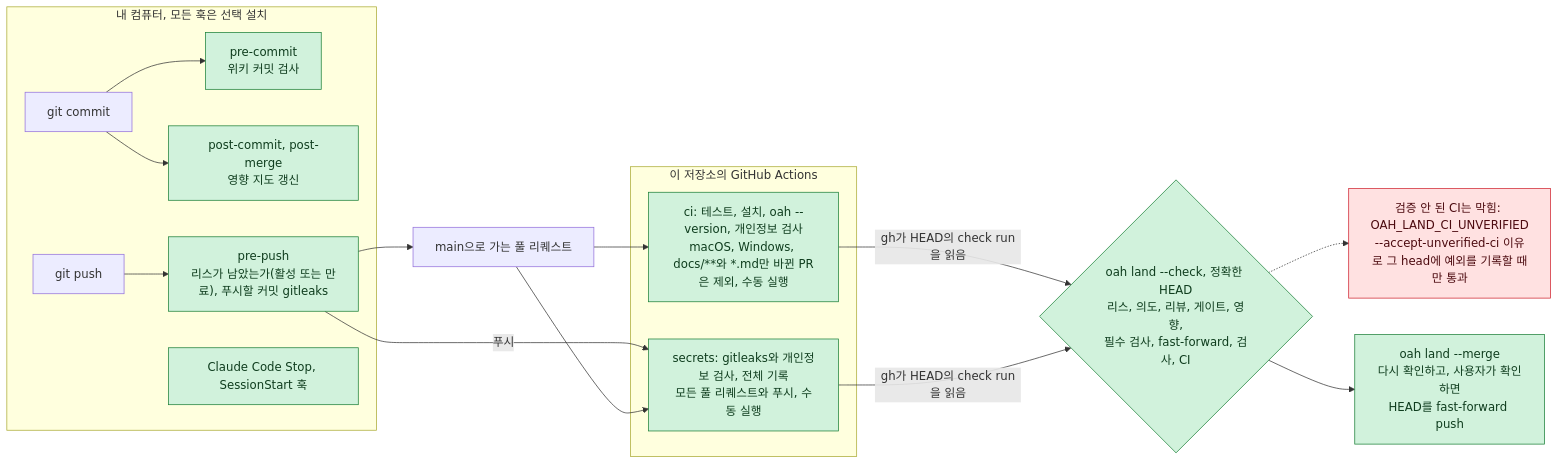
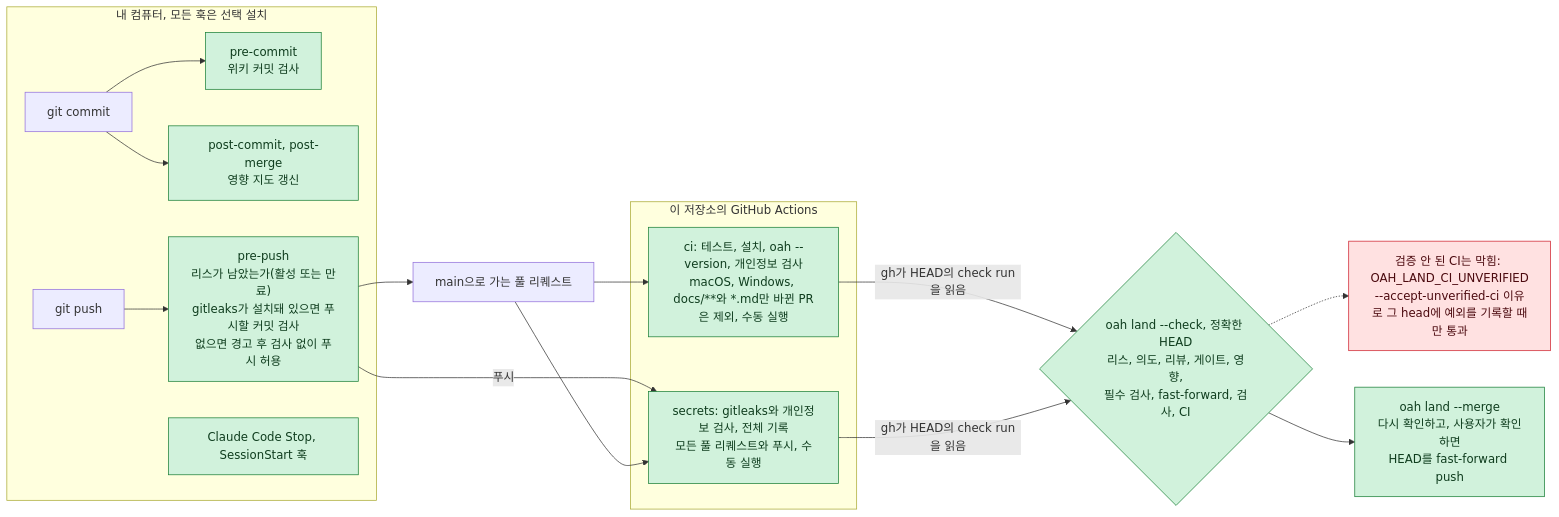
The sixth of 6 diagrams in docs/ko/concepts.md (KenSuh/open-agent-harness), drawn with Mermaid before and after one commit. The commit also changed other lines of this file and 2 other files, not shown here.

First line of the commit message:
docs: correct preflight, pre-push, impact refresh and re-ranker paths (review R1)

````diff
--- a/docs/ko/concepts.md
+++ b/docs/ko/concepts.md
@@ -370,39 +373,39 @@
 ```mermaid
 flowchart LR
     subgraph local["내 컴퓨터, 모든 훅은 선택 설치"]
         gcommit["git commit"]
         pc["pre-commit<br/>위키 커밋 검사"]
         post["post-commit, post-merge<br/>영향 지도 갱신"]
         gpush["git push"]
-        pp["pre-push<br/>리스가 남았는가(활성 또는 만료), 푸시할 커밋 gitleaks"]
+        pp["pre-push<br/>리스가 남았는가(활성 또는 만료)<br/>gitleaks가 설치돼 있으면 푸시할 커밋 검사<br/>없으면 경고 후 검사 없이 푸시 허용"]
         cc["Claude Code Stop, SessionStart 훅"]
     end
 
     pr["main으로 가는 풀 리퀘스트"]
 
     subgraph actions["이 저장소의 GitHub Actions"]
         tests["ci: 테스트, 설치, oah --version, 개인정보 검사<br/>macOS, Windows, docs/**와 *.md만 바뀐 PR은 제외, 수동 실행"]
         secrets["secrets: gitleaks와 개인정보 검사, 전체 기록<br/>모든 풀 리퀘스트와 푸시, 수동 실행"]
     end
 
     land{"oah land --check, 정확한 HEAD<br/>리스, 의도, 리뷰, 게이트, 영향,<br/>필수 검사, fast-forward, 검사, CI"}
     exc["검증 안 된 CI는 막힘: OAH_LAND_CI_UNVERIFIED<br/>--accept-unverified-ci 이유로 그 head에 예외를 기록할 때만 통과"]
     landed["oah land --merge<br/>다시 확인하고, 사용자가 확인하면<br/>HEAD를 fast-forward push"]
 
     gcommit --> pc
     gcommit --> post
     gpush --> pp
     pp -->|"푸시"| secrets
     pp --> pr
     pr --> tests
     pr --> secrets
     tests -->|"gh가 HEAD의 check run을 읽음"| land
     secrets -->|"gh가 HEAD의 check run을 읽음"| land
     land -.-> exc
     land --> landed
 
     classDef avail fill:#d1f2dc,stroke:#1a7f37,color:#0f3d1e
     classDef stop fill:#ffe1e1,stroke:#cf222e,color:#4c0a0f
     class tests,secrets,post,pp,pc,cc,land,landed avail
     class exc stop
 ```
````
